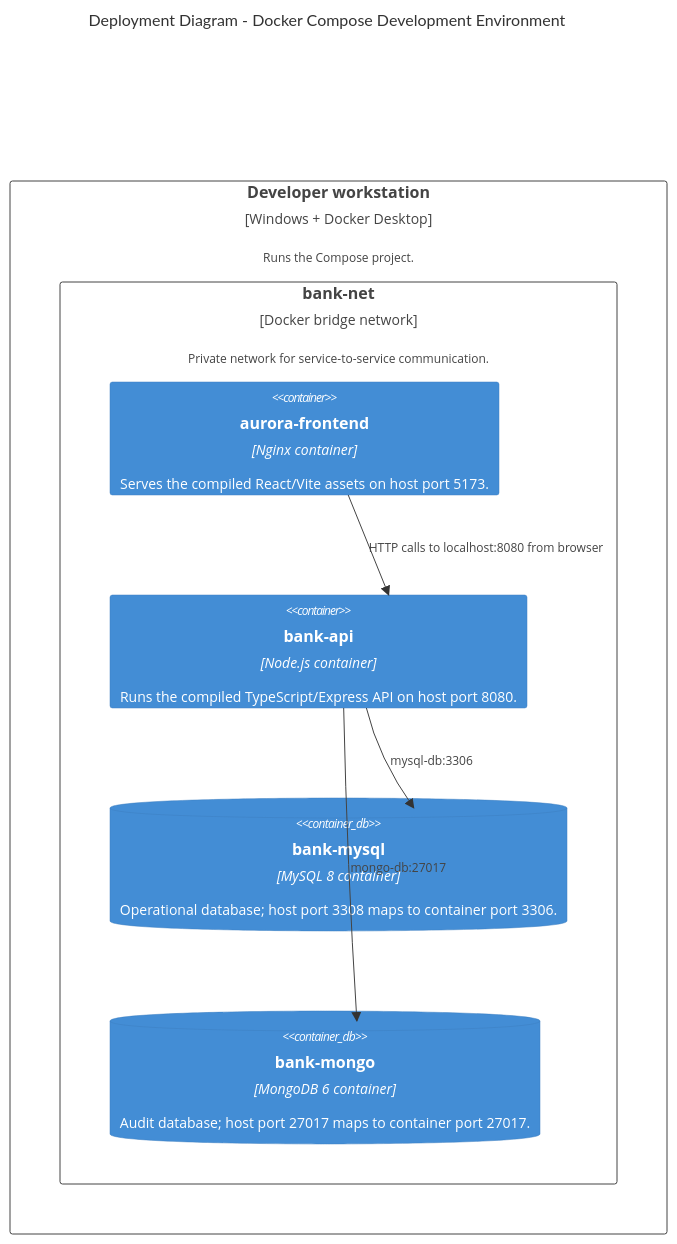
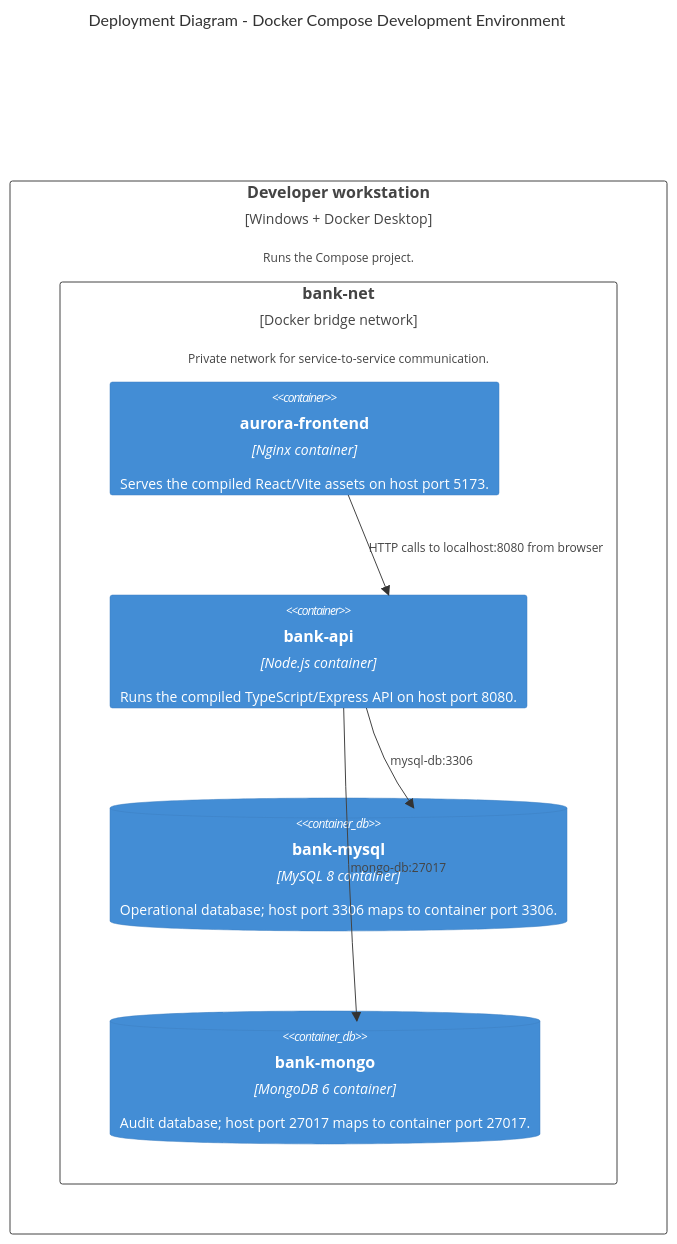
The fifth of 8 diagrams in docs/c4-architecture.md (andfsanchezag/programacion_web_2026_2), drawn with Mermaid before and after one commit. The commit also changed other lines of this file and 5 other files, not shown here.

First line of the commit message:
fix: align MySQL host port to 3306 across config and docs

````diff
--- a/docs/c4-architecture.md
+++ b/docs/c4-architecture.md
@@ -237,17 +237,17 @@
 ```mermaid
 C4Deployment
     title Deployment Diagram - Docker Compose Development Environment
 
     Deployment_Node(host, "Developer workstation", "Windows + Docker Desktop", "Runs the Compose project.") {
         Deployment_Node(network, "bank-net", "Docker bridge network", "Private network for service-to-service communication.") {
             Container(frontend, "aurora-frontend", "Nginx container", "Serves the compiled React/Vite assets on host port 5173.")
             Container(api, "bank-api", "Node.js container", "Runs the compiled TypeScript/Express API on host port 8080.")
-            ContainerDb(mysql, "bank-mysql", "MySQL 8 container", "Operational database; host port 3308 maps to container port 3306.")
+            ContainerDb(mysql, "bank-mysql", "MySQL 8 container", "Operational database; host port 3306 maps to container port 3306.")
             ContainerDb(mongo, "bank-mongo", "MongoDB 6 container", "Audit database; host port 27017 maps to container port 27017.")
         }
     }
 
     Rel(frontend, api, "HTTP calls to localhost:8080 from browser")
     Rel(api, mysql, "mysql-db:3306")
     Rel(api, mongo, "mongo-db:27017")
 ```
````
